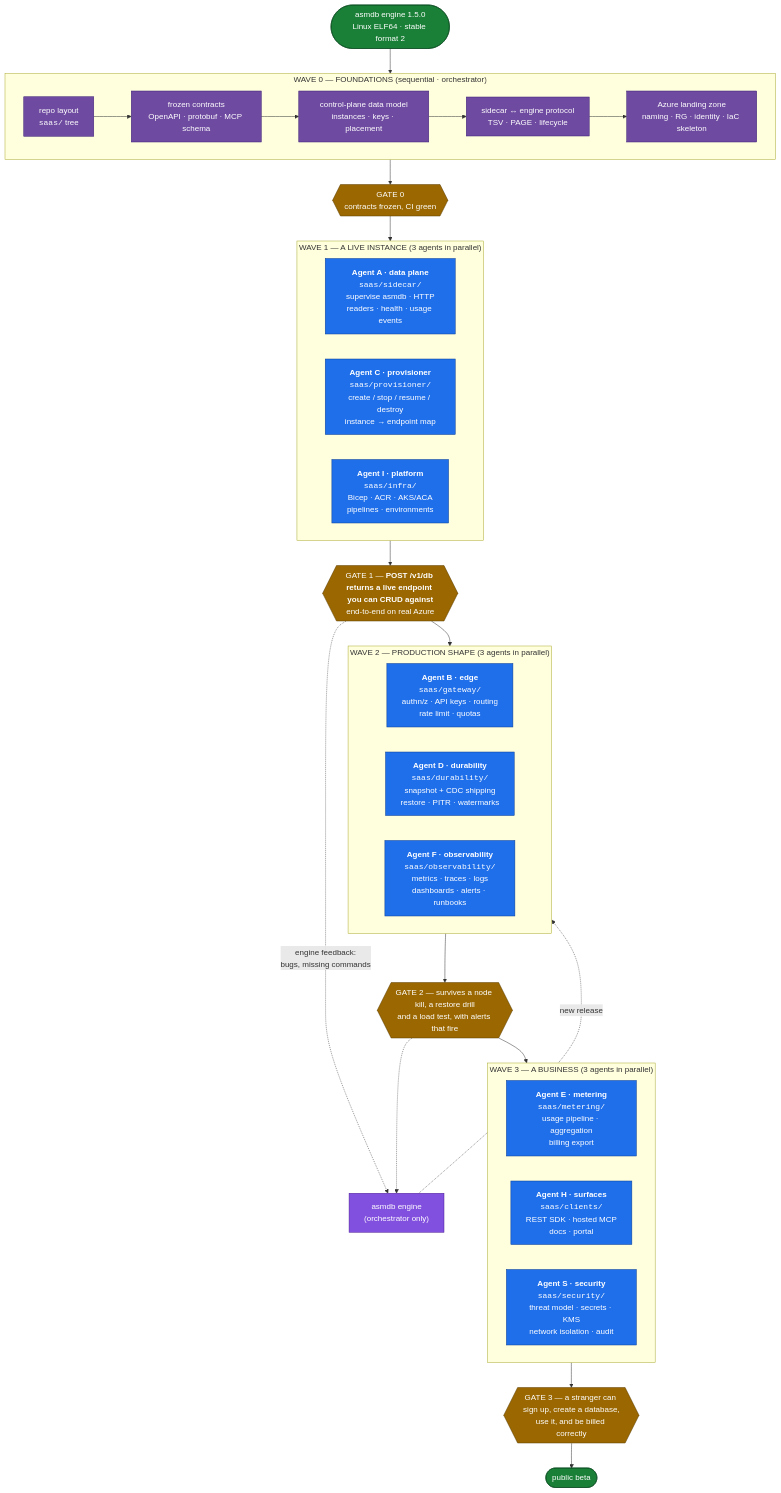
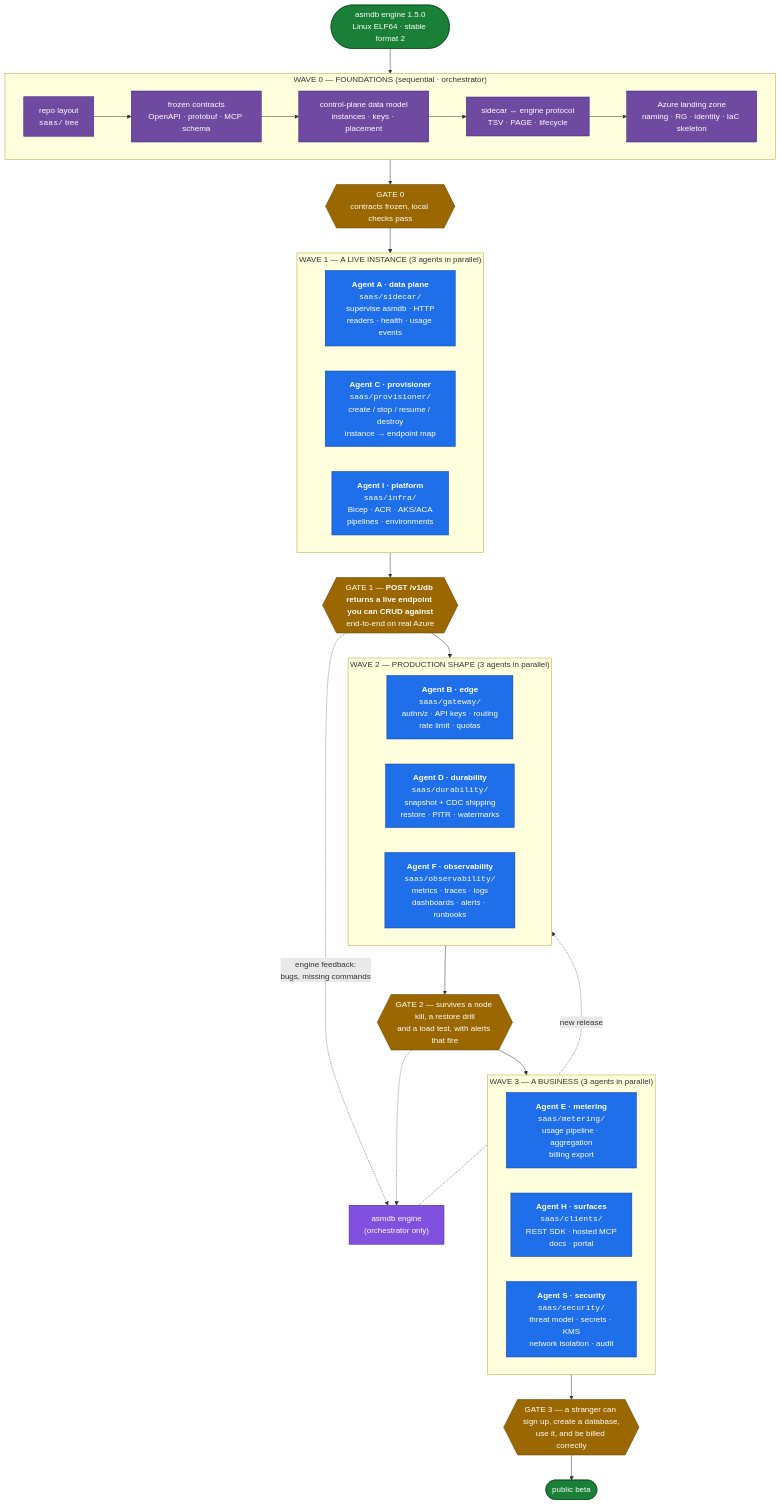
Before and after one commit to fredgis/asmDB: the fourth of 4 diagrams in docs/SAAS.md, drawn with Mermaid. The commit also changed other lines of this file and 16 other files, not shown here.

````diff
--- a/docs/SAAS.md
+++ b/docs/SAAS.md
@@ -666,57 +666,57 @@
 ```mermaid
 flowchart TB
     START(["asmdb engine 1.5.0<br/>Linux ELF64 · stable format 2"]):::done
 
     subgraph W0["WAVE 0 — FOUNDATIONS (sequential · orchestrator)"]
         direction LR
         C1["repo layout<br/><code>saas/</code> tree"]:::found
         C2["frozen contracts<br/>OpenAPI · protobuf · MCP schema"]:::found
         C3["control-plane data model<br/>instances · keys · placement"]:::found
         C4["sidecar ↔ engine protocol<br/>TSV · PAGE · lifecycle"]:::found
         C5["Azure landing zone<br/>naming · RG · identity · IaC skeleton"]:::found
         C1 --> C2 --> C3 --> C4 --> C5
     end
 
-    G0{{"GATE 0<br/>contracts frozen, CI green"}}:::gate
+    G0{{"GATE 0<br/>contracts frozen, local checks pass"}}:::gate
 
     subgraph W1["WAVE 1 — A LIVE INSTANCE (3 agents in parallel)"]
         direction LR
         A["<b>Agent A · data plane</b><br/><code>saas/sidecar/</code><br/>supervise asmdb · HTTP<br/>readers · health · usage events"]:::agent
         C["<b>Agent C · provisioner</b><br/><code>saas/provisioner/</code><br/>create / stop / resume / destroy<br/>instance → endpoint map"]:::agent
         I["<b>Agent I · platform</b><br/><code>saas/infra/</code><br/>Bicep · ACR · AKS/ACA<br/>pipelines · environments"]:::agent
     end
 
     G1{{"GATE 1 — <b>POST /v1/db returns a live endpoint you can CRUD against</b><br/>end-to-end on real Azure"}}:::gate
 
     subgraph W2["WAVE 2 — PRODUCTION SHAPE (3 agents in parallel)"]
         direction LR
         B["<b>Agent B · edge</b><br/><code>saas/gateway/</code><br/>authn/z · API keys · routing<br/>rate limit · quotas"]:::agent
         D["<b>Agent D · durability</b><br/><code>saas/durability/</code><br/>snapshot + CDC shipping<br/>restore · PITR · watermarks"]:::agent
         F["<b>Agent F · observability</b><br/><code>saas/observability/</code><br/>metrics · traces · logs<br/>dashboards · alerts · runbooks"]:::agent
     end
 
     G2{{"GATE 2 — survives a node kill, a restore drill<br/>and a load test, with alerts that fire"}}:::gate
 
     subgraph W3["WAVE 3 — A BUSINESS (3 agents in parallel)"]
         direction LR
         E["<b>Agent E · metering</b><br/><code>saas/metering/</code><br/>usage pipeline · aggregation<br/>billing export"]:::agent
         H["<b>Agent H · surfaces</b><br/><code>saas/clients/</code><br/>REST SDK · hosted MCP<br/>docs · portal"]:::agent
         S["<b>Agent S · security</b><br/><code>saas/security/</code><br/>threat model · secrets · KMS<br/>network isolation · audit"]:::agent
     end
 
     G3{{"GATE 3 — a stranger can sign up, create a database,<br/>use it, and be billed correctly"}}:::gate
 
     DONE(["public beta"]):::done
 
     START --> W0 --> G0 --> W1 --> G1 --> W2 --> G2 --> W3 --> G3 --> DONE
 
     G1 -.->|"engine feedback:<br/>bugs, missing commands"| ENG["asmdb engine<br/>(orchestrator only)"]:::engine
     G2 -.-> ENG
     ENG -.->|"new release"| W2
 
     classDef done fill:#1a7f37,stroke:#0b4a20,color:#fff
     classDef found fill:#6e4aa0,stroke:#3b1e75,color:#fff
     classDef agent fill:#1f6feb,stroke:#0b3d91,color:#fff
     classDef gate fill:#9a6700,stroke:#5a3d00,color:#fff
     classDef engine fill:#8250df,stroke:#4c1d95,color:#fff
 ```
````
